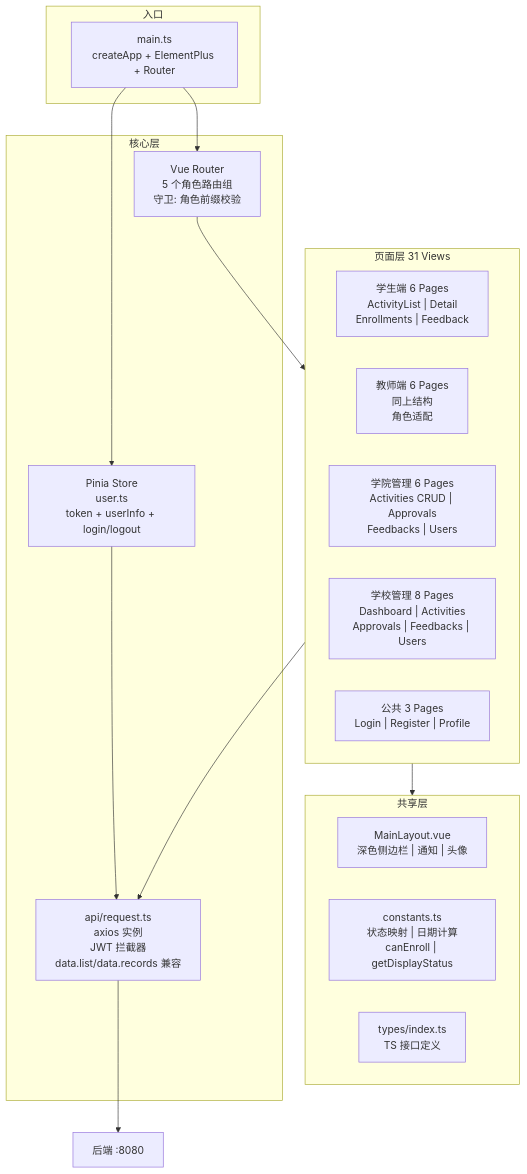
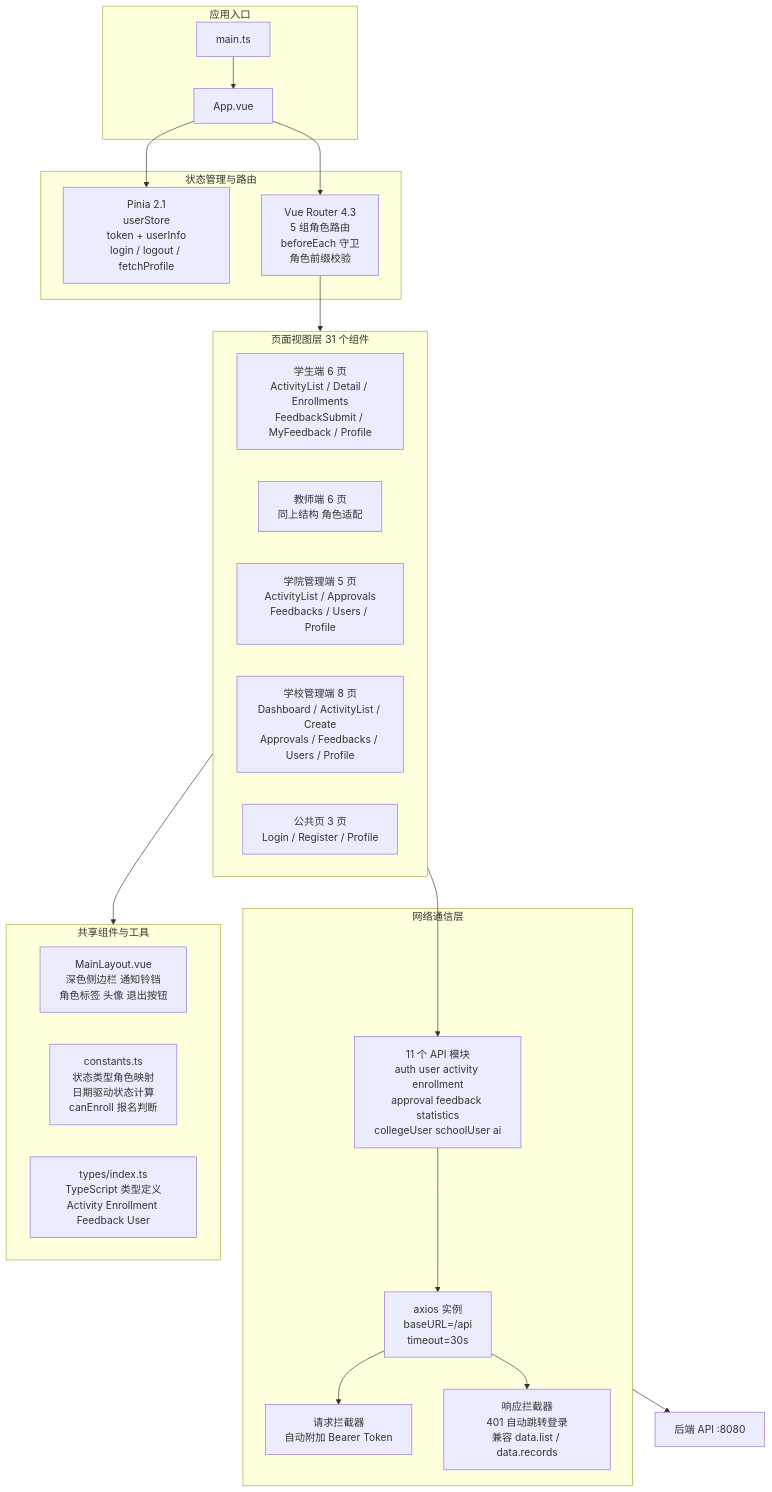
One commit to spider-freedom/enrollment-platform changed the second of 6 diagrams in doc/architecture.md. Above: the diagram before and after it, drawn with Mermaid. The commit also changed other lines of this file, not shown here.

Commit message:
docs: 架构图优化-去除图标+技术栈细化到模块级+图表排版美化

````diff
--- a/doc/architecture.md
+++ b/doc/architecture.md
@@ -48,34 +62,44 @@
 ```mermaid
 graph TB
-    subgraph Entry["入口"]
-        Main["main.ts<br/>createApp + ElementPlus + Router"]
+    subgraph Entry["应用入口"]
+        MainTS["main.ts"]
+        AppVue["App.vue"]
     end
 
-    subgraph Core["核心层"]
-        Store["Pinia Store<br/>user.ts<br/>token + userInfo + login/logout"]
-        Router["Vue Router<br/>5 个角色路由组<br/>守卫: 角色前缀校验"]
-        API["api/request.ts<br/>axios 实例<br/>JWT 拦截器<br/>data.list/data.records 兼容"]
+    subgraph StateRouter["状态管理与路由"]
+        Pinia["Pinia 2.1<br/>userStore<br/>token + userInfo<br/>login / logout / fetchProfile"]
+        Router["Vue Router 4.3<br/>5 组角色路由<br/>beforeEach 守卫<br/>角色前缀校验"]
     end
 
-    subgraph Views["页面层 31 Views"]
-        Student["学生端 6 Pages<br/>ActivityList | Detail<br/>Enrollments | Feedback"]
-        Teacher["教师端 6 Pages<br/>同上结构<br/>角色适配"]
-        College["学院管理 6 Pages<br/>Activities CRUD | Approvals<br/>Feedbacks | Users"]
-        School["学校管理 8 Pages<br/>Dashboard | Activities<br/>Approvals | Feedbacks | Users"]
-        Common["公共 3 Pages<br/>Login | Register | Profile"]
+    subgraph NetLayer["网络通信层"]
+        AxiosInst["axios 实例<br/>baseURL=/api<br/>timeout=30s"]
+        ReqInt["请求拦截器<br/>自动附加 Bearer Token"]
+        RespInt["响应拦截器<br/>401 自动跳转登录<br/>兼容 data.list / data.records"]
+        APIMods["11 个 API 模块<br/>auth user activity enrollment<br/>approval feedback statistics<br/>collegeUser schoolUser ai"]
     end
 
-    subgraph Shared["共享层"]
-        Layout["MainLayout.vue<br/>深色侧边栏 | 通知 | 头像"]
-        Utils["constants.ts<br/>状态映射 | 日期计算<br/>canEnroll | getDisplayStatus"]
-        Types["types/index.ts<br/>TS 接口定义"]
+    subgraph ViewLayer["页面视图层 31 个组件"]
+        StudentViews["学生端 6 页<br/>ActivityList / Detail / Enrollments<br/>FeedbackSubmit / MyFeedback / Profile"]
+        TeacherViews["教师端 6 页<br/>同上结构 角色适配"]
+        CollegeViews["学院管理端 5 页<br/>ActivityList / Approvals<br/>Feedbacks / Users / Profile"]
+        SchoolViews["学校管理端 8 页<br/>Dashboard / ActivityList / Create<br/>Approvals / Feedbacks / Users / Profile"]
+        PublicViews["公共页 3 页<br/>Login / Register / Profile"]
     end
 
-    Main --> Store
-    Main --> Router
-    Store --> API
-    Router --> Views
-    Views --> Shared
-    Views --> API
-    API --> Backend["后端 :8080"]
+    subgraph SharedLayer["共享组件与工具"]
+        MainLayout["MainLayout.vue<br/>深色侧边栏 通知铃铛<br/>角色标签 头像 退出按钮"]
+        Constants["constants.ts<br/>状态类型角色映射<br/>日期驱动状态计算<br/>canEnroll 报名判断"]
+        Types["types/index.ts<br/>TypeScript 类型定义<br/>Activity Enrollment Feedback User"]
+    end
+
+    MainTS --> AppVue
+    AppVue --> Pinia
+    AppVue --> Router
+    Router --> ViewLayer
+    ViewLayer --> SharedLayer
+    ViewLayer --> APIMods
+    APIMods --> AxiosInst
+    AxiosInst --> ReqInt
+    AxiosInst --> RespInt
+    NetLayer --> BackendTarget["后端 API :8080"]
 ```
````
